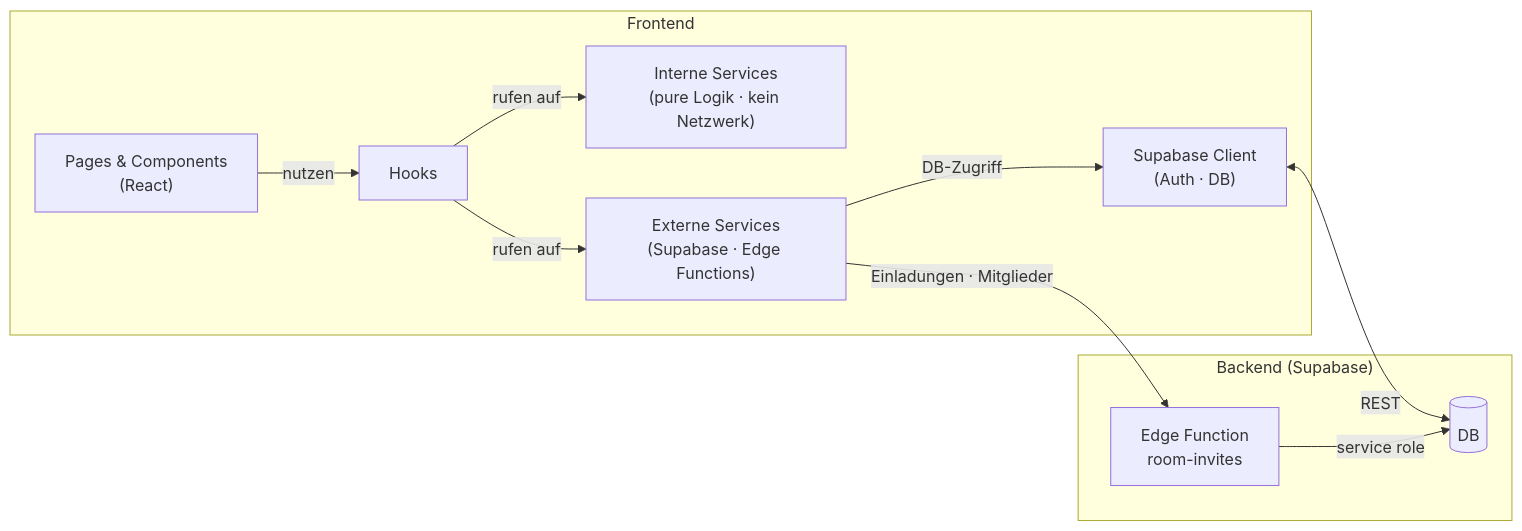
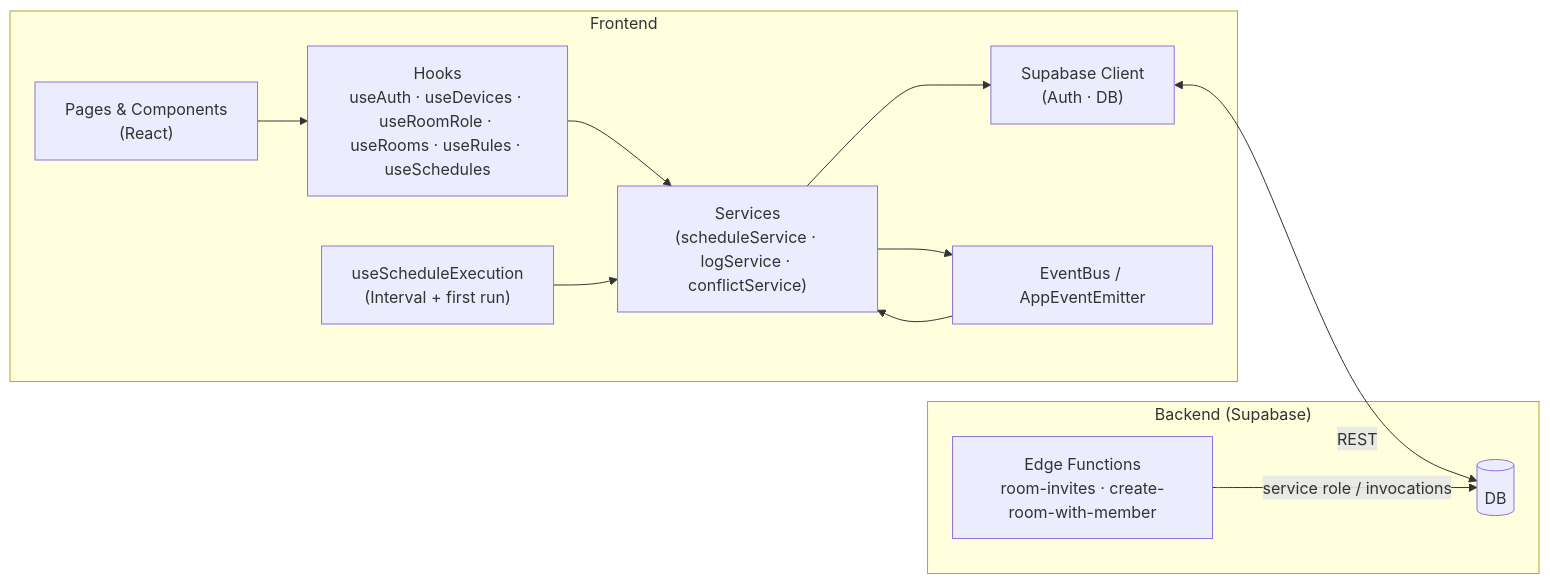
One commit to jku-win-se/teaching-2026.ss.prse.braeuer.team5 changed the second of 4 diagrams in docs/uml-diagram.md. Above: the diagram before and after it, drawn with Mermaid. The commit also changed other lines of this file and 37 other files, not shown here.

````diff
--- a/docs/uml-diagram.md
+++ b/docs/uml-diagram.md
@@ -77,23 +74,25 @@
 ```mermaid
 graph LR
     subgraph Frontend["Frontend"]
-        pages["Pages & Components\n(React)"]
-        hooks["Hooks"]
-        intSvc["Interne Services\n(pure Logik · kein Netzwerk)"]
-        extSvc["Externe Services\n(Supabase · Edge Functions)"]
-        supabaseClient["Supabase Client\n(Auth · DB)"]
+        Pages["Pages & Components\n(React)"]
+        Hooks["Hooks\nuseAuth · useDevices · useRoomRole · useRooms · useRules · useSchedules"]
+        AppHook["useScheduleExecution\n(Interval + first run)"]
+        Services["Services\n(scheduleService · logService · conflictService)"]
+        SupabaseClient["Supabase Client\n(Auth · DB)"]
+        EventBus["EventBus / AppEventEmitter"]
     end
 
     subgraph Backend["Backend (Supabase)"]
-        edgeFn["Edge Function\nroom-invites"]
-        db[("DB")]
+        EdgeFns["Edge Functions\nroom-invites · create-room-with-member"]
+        DB[("DB")]
     end
 
-    pages -->|"nutzen"| hooks
-    hooks -->|"rufen auf"| intSvc
-    hooks -->|"rufen auf"| extSvc
-    extSvc -->|"DB-Zugriff"| supabaseClient
-    extSvc -->|"Einladungen · Mitglieder"| edgeFn
-    supabaseClient <-->|"REST"| db
-    edgeFn -->|"service role"| db
+    Pages --> Hooks
+    Hooks --> Services
+    AppHook --> Services
+    Services --> SupabaseClient
+    Services --> EventBus
+    EventBus --> Services
+    SupabaseClient <-->|"REST"| DB
+    EdgeFns -->|"service role / invocations"| DB
 ```
````
